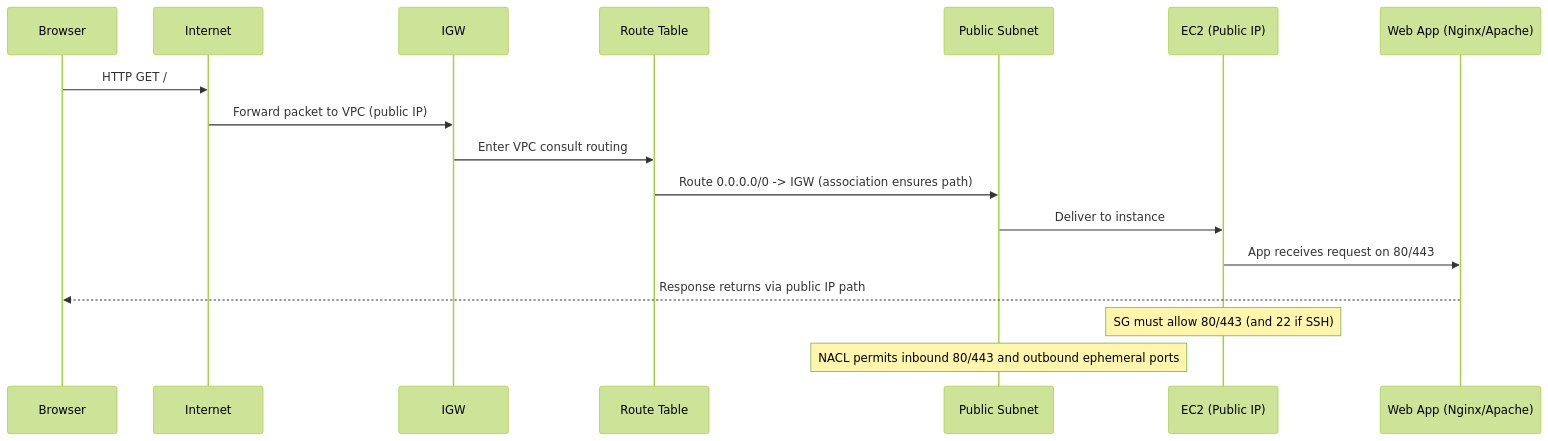
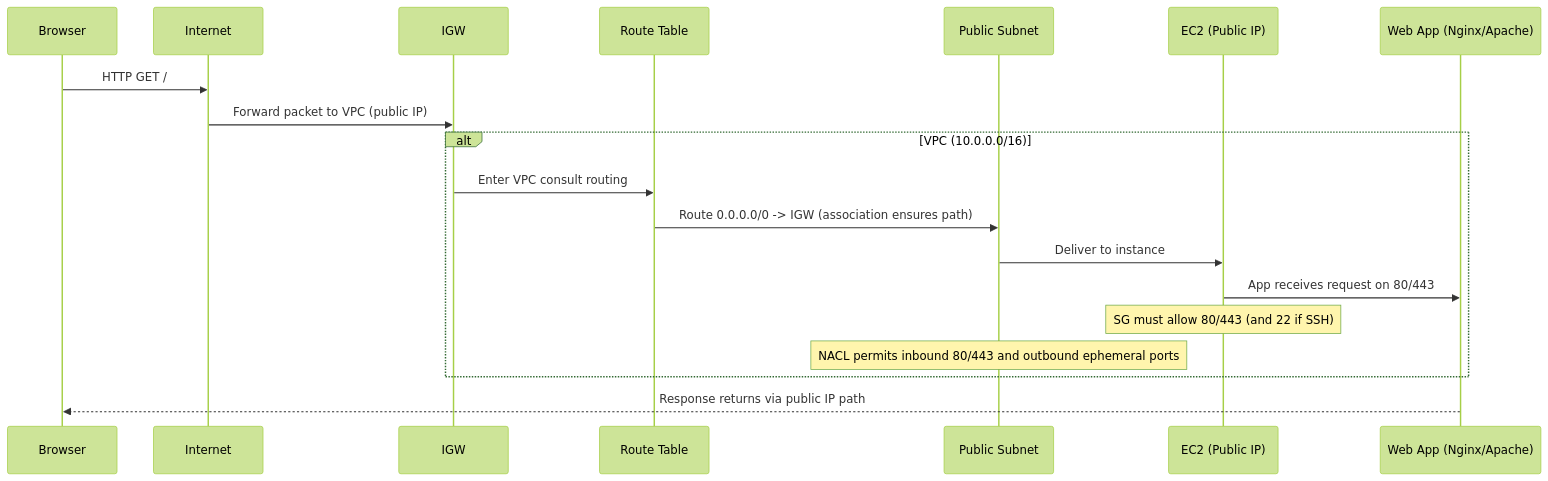
Before and after one commit to mohakhan03uk/AWS: the second of 2 diagrams in Browser_to_EC2.md, drawn with Mermaid (forest theme).

````diff
--- a/Browser_to_EC2.md
+++ b/Browser_to_EC2.md
@@ -52,21 +52,25 @@
 ```mermaid
 sequenceDiagram
   participant B as Browser
   participant I as Internet
   participant G as IGW
   participant R as Route Table
   participant S as Public Subnet
   participant E as EC2 (Public IP)
   participant A as Web App (Nginx/Apache)
 
   B->>I: HTTP GET /
+
   I->>G: Forward packet to VPC (public IP)
-  G->>R: Enter VPC consult routing 
-  R->>S: Route 0.0.0.0/0 -> IGW (association ensures path)
-  S->>E: Deliver to instance
-  E->>A: App receives request on 80/443
-  A-->>B: Response returns via public IP path
+  alt VPC (10.0.0.0/16)
+    G->>R: Enter VPC consult routing
+    R->>S: Route 0.0.0.0/0 -> IGW (association ensures path)
+    S->>E: Deliver to instance
+    E->>A: App receives request on 80/443
 
   Note over E: SG must allow 80/443 (and 22 if SSH)
   Note over S: NACL permits inbound 80/443 and outbound ephemeral ports
+  end 
+  A-->>B: Response returns via public IP path
+
 ```
````
